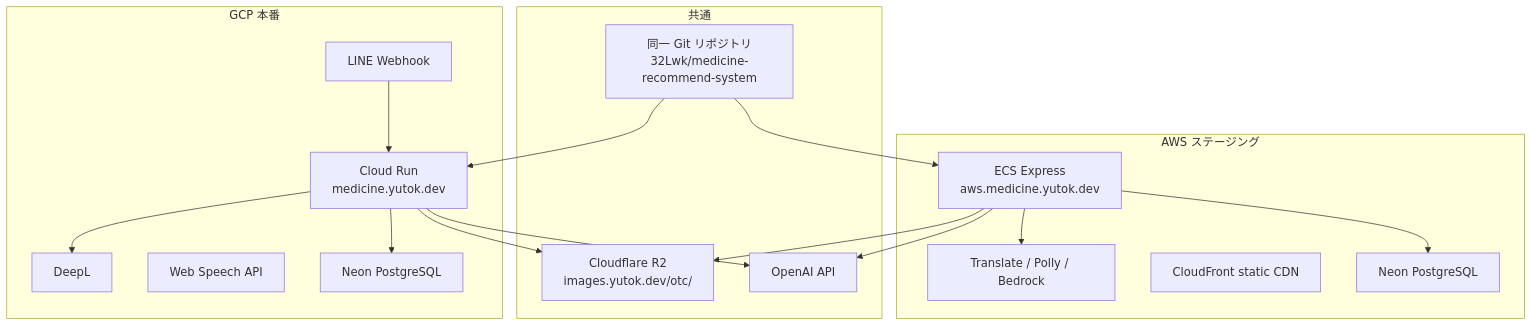
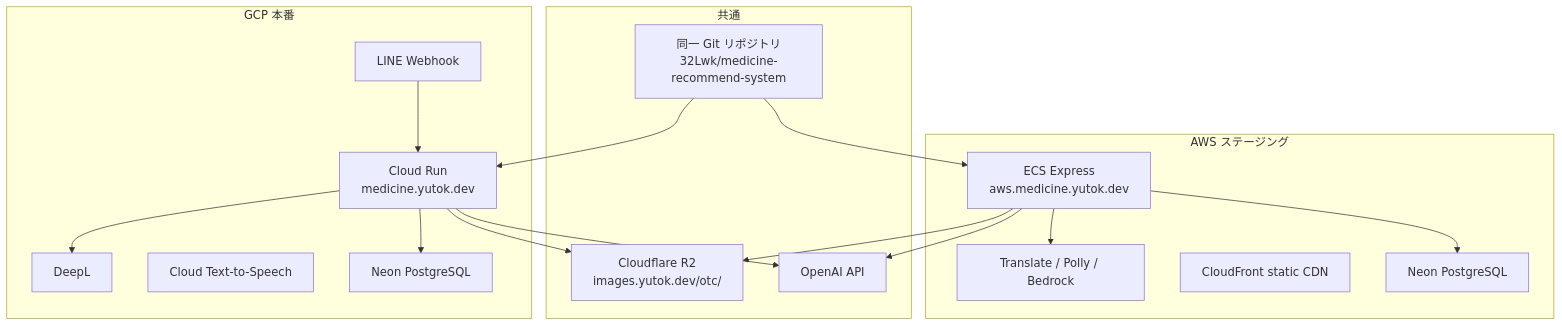
The tenth of 11 diagrams in docs/ops/AWS_ARCHITECTURE_DIAGRAMS.md (32Lwk/medicine-recommend-system), drawn with Mermaid before and after one commit. The commit also changed other lines of this file and 67 other files, not shown here.

````diff
--- a/docs/ops/AWS_ARCHITECTURE_DIAGRAMS.md
+++ b/docs/ops/AWS_ARCHITECTURE_DIAGRAMS.md
@@ -582,35 +582,35 @@
 ```mermaid
 flowchart TB
   subgraph Shared["共通"]
     CODE["同一 Git リポジトリ<br/>32Lwk/medicine-recommend-system"]
     R2["Cloudflare R2<br/>images.yutok.dev/otc/"]
     OAI["OpenAI API"]
   end
 
   subgraph GCP_Prod["GCP 本番"]
     CR["Cloud Run<br/>medicine.yutok.dev"]
     LINE["LINE Webhook"]
     DEEPL["DeepL"]
-    WS["Web Speech API"]
+    WS["Cloud Text-to-Speech"]
     NEON_G["Neon PostgreSQL"]
   end
 
   subgraph AWS_Stg["AWS ステージング"]
     ECS["ECS Express<br/>aws.medicine.yutok.dev"]
     TR["Translate / Polly / Bedrock"]
     CF["CloudFront static CDN"]
     NEON_A["Neon PostgreSQL"]
   end
 
   CODE --> CR
   CODE --> ECS
   CR --> NEON_G
   ECS --> NEON_A
   CR --> R2
   ECS --> R2
   CR --> OAI
   ECS --> OAI
   LINE --> CR
   CR --> DEEPL
   ECS --> TR
 ```
````
